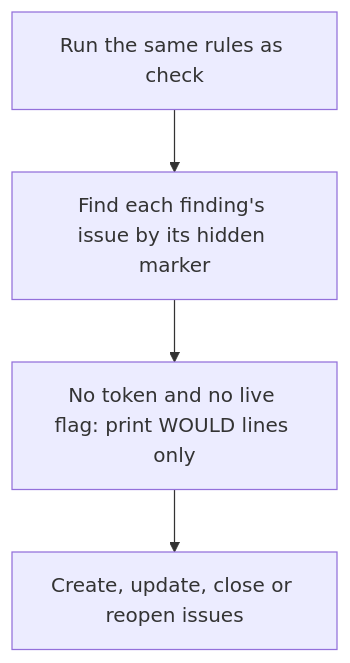
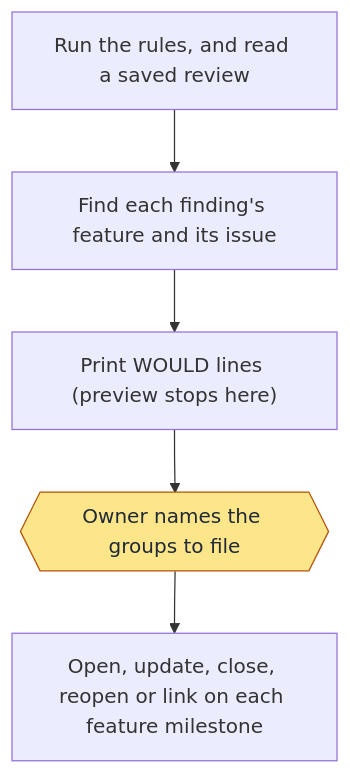
One commit to jcl2018/agent-workflow-template changed the second of 4 diagrams in skills/workflow-health/references/commands.md. Above: the diagram before and after it, drawn with Mermaid. The commit also changed other lines of this file and 14 other files, not shown here.

Commit message:
health-prd: feature milestones, links, evidence hash and old-key migration (file.py, feature.py); review.py with verified evidence; triage.py; commands.py; judge cause names stdout and stderr (158); docs for twelve groups (159); test-health-prd.sh

````diff
--- a/skills/workflow-health/references/commands.md
+++ b/skills/workflow-health/references/commands.md
@@ -90,10 +118,11 @@
 ```mermaid
 flowchart TD
-  a["Run the same rules as check"]
-  b["Find each finding's issue by its hidden marker"]
-  c["Create, update, close or reopen issues"]
-  d["No token and no live flag: print WOULD lines only"]
-  a --> b
-  b --> d
-  d --> c
+  a["Run the rules, and read a saved review"]
+  b["Find each finding's feature and its issue"]
+  c["Print WOULD lines (preview stops here)"]
+  d{{"Owner names the groups to file"}}
+  e["Open, update, close, reopen or link on each feature milestone"]
+  a --> b --> c --> d --> e
+  classDef owner fill:#fde68a,stroke:#b45309,color:#1f2937
+  class d owner
 ```
````
